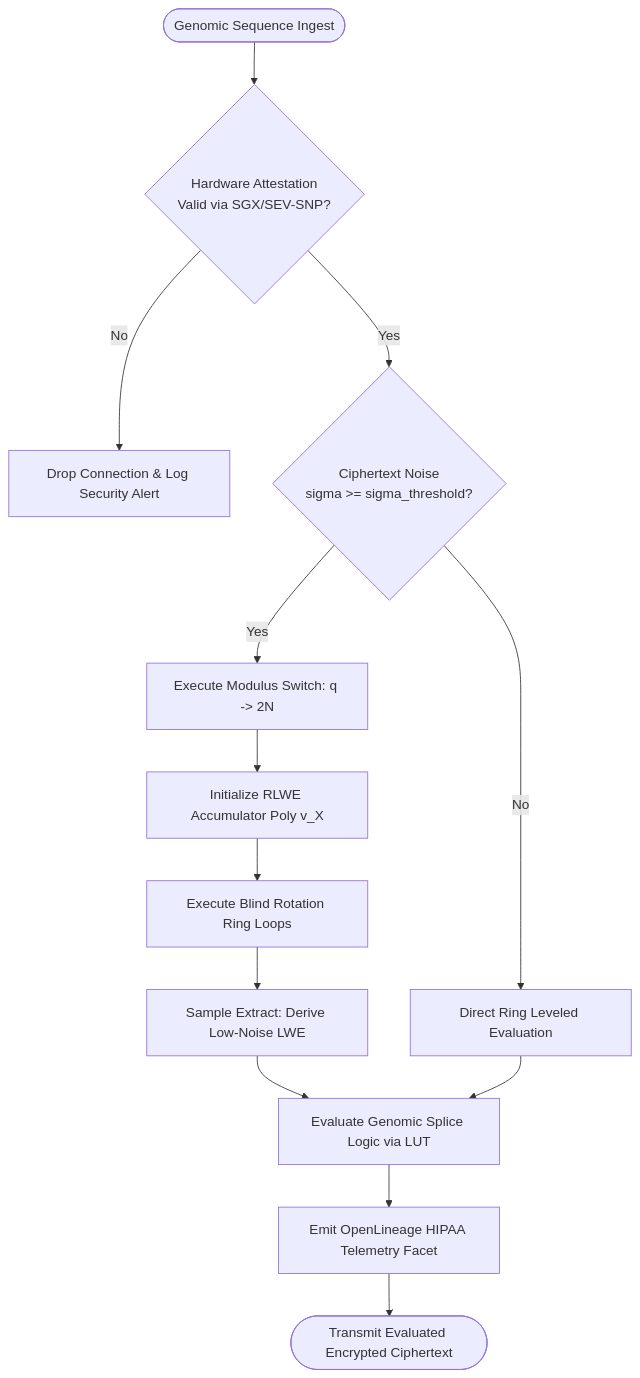
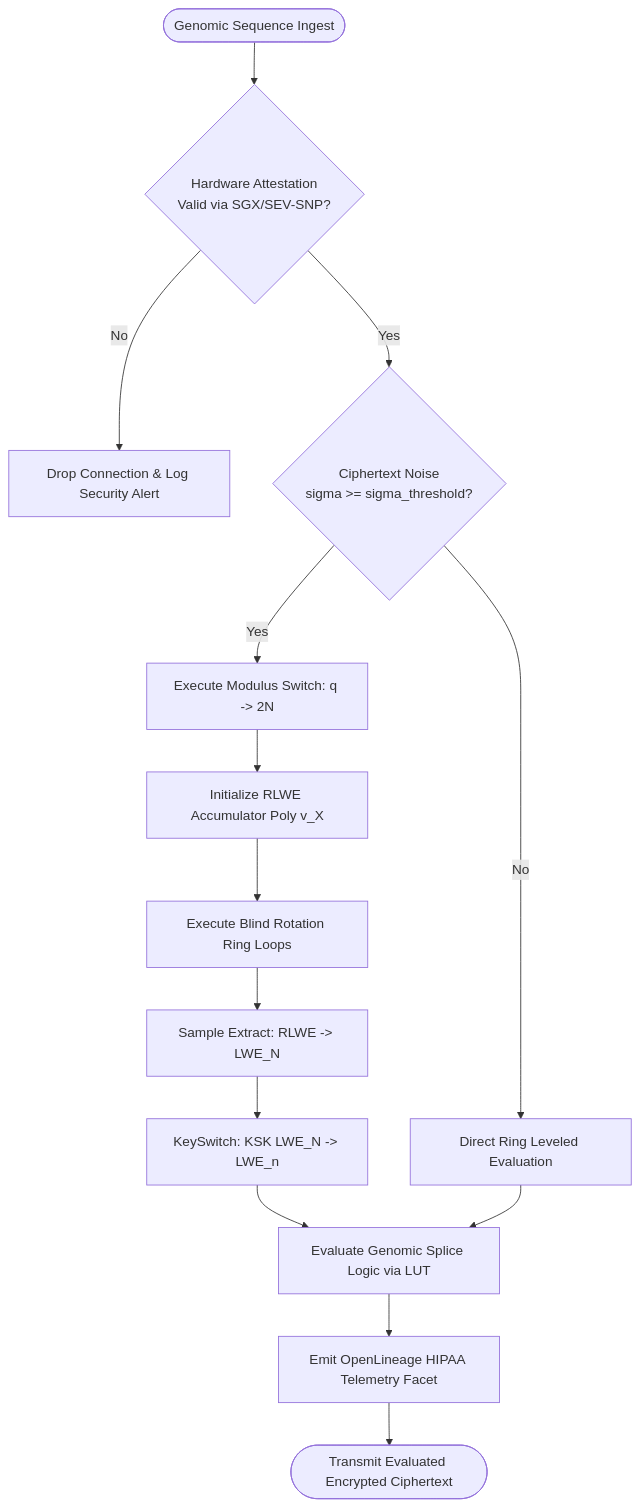
One commit to Amit1092tiwari/hyperscale-system-blueprints changed the third of 3 diagrams in dispatches/day_dispatch_2026-10-17-10-37-17.md. Above: the diagram before and after it, drawn with Mermaid. The commit also changed other lines of this file and 2 other files, not shown here.

Commit message:
docs(tfhe): document sample extraction simulation bridge and post-PBS keyswitch transition

````diff
--- a/dispatches/day_dispatch_2026-10-17-10-37-17.md
+++ b/dispatches/day_dispatch_2026-10-17-10-37-17.md
@@ -245,18 +269,19 @@
 ```mermaid
 flowchart TD
     Start([Genomic Sequence Ingest]) --> AttestCheck{Hardware Attestation<br/>Valid via SGX/SEV-SNP?}
     AttestCheck -- No --> Terminate[Drop Connection & Log Security Alert]
     AttestCheck -- Yes --> NoiseCheck{Ciphertext Noise<br/>sigma >= sigma_threshold?}
     
     NoiseCheck -- Yes --> ModSwitch[Execute Modulus Switch: q -> 2N]
     ModSwitch --> InitAcc[Initialize RLWE Accumulator Poly v_X]
     InitAcc --> BlindRot[Execute Blind Rotation Ring Loops]
-    BlindRot --> SampleExt[Sample Extract: Derive Low-Noise LWE]
-    SampleExt --> ExecuteLUT[Evaluate Genomic Splice Logic via LUT]
+    BlindRot --> SampleExt["Sample Extract: RLWE -> LWE_N"]
+    SampleExt --> KeySwitch["KeySwitch: KSK LWE_N -> LWE_n"]
+    KeySwitch --> ExecuteLUT[Evaluate Genomic Splice Logic via LUT]
     
     NoiseCheck -- No --> FastPath[Direct Ring Leveled Evaluation]
     FastPath --> ExecuteLUT
     
     ExecuteLUT --> AuditEmit[Emit OpenLineage HIPAA Telemetry Facet]
     AuditEmit --> EmitOutput([Transmit Evaluated Encrypted Ciphertext])
 ```
````
